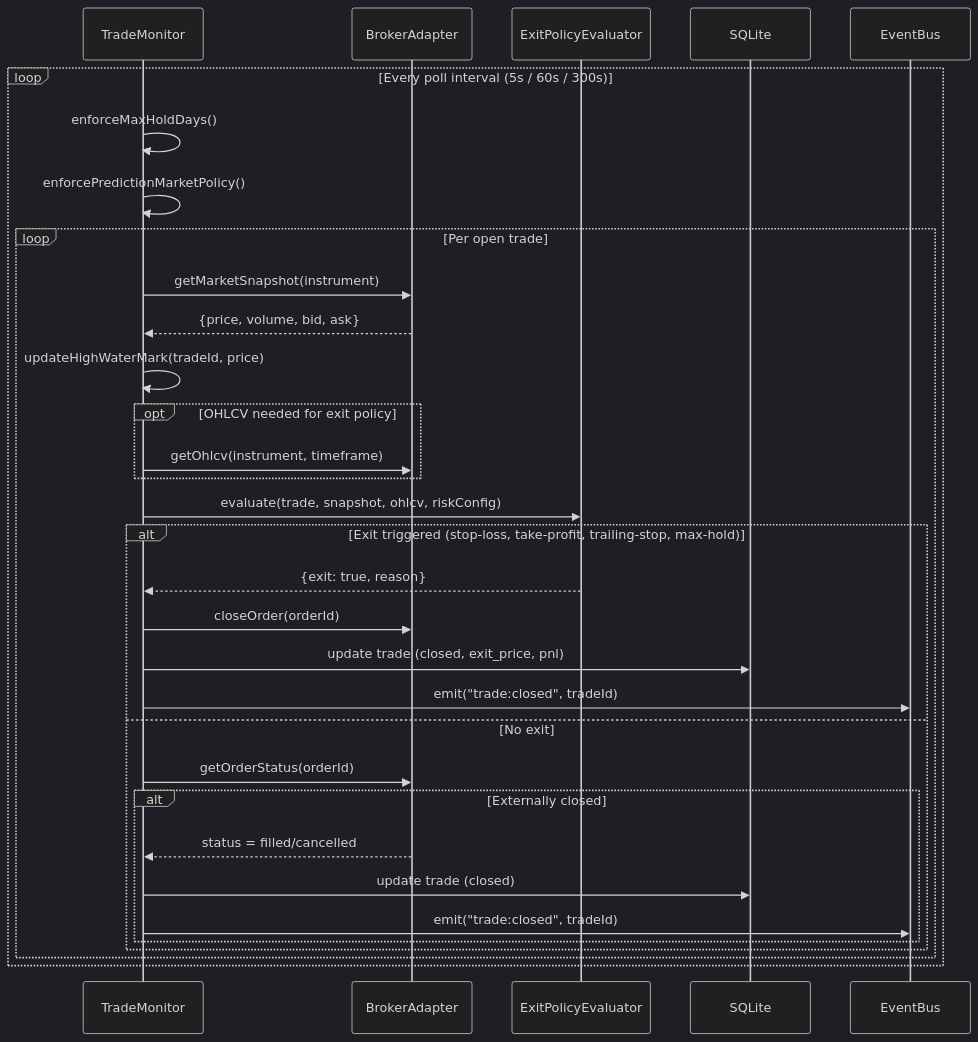
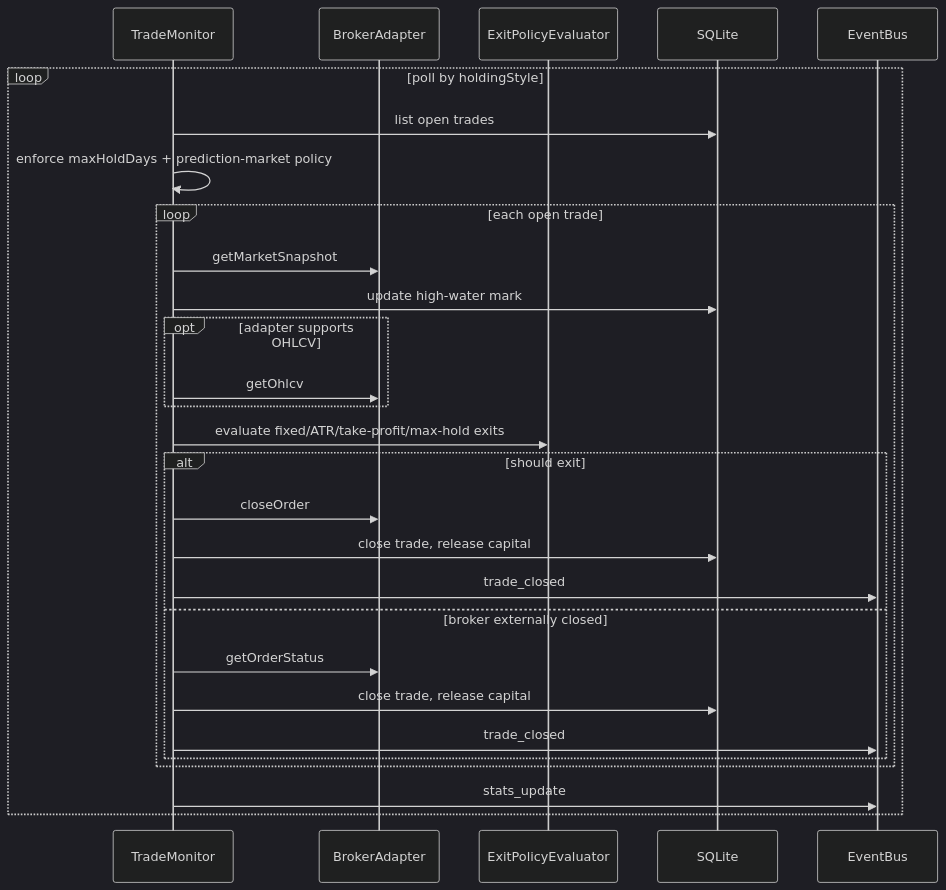
The ninth of 16 diagrams in docs/architecture/ai-runtime.md (KennethAtchon/Exva), drawn with Mermaid (dark theme) before and after one commit. The commit also changed other lines of this file and 42 other files, not shown here.

````diff
--- a/docs/architecture/ai-runtime.md
+++ b/docs/architecture/ai-runtime.md
@@ -485,35 +387,31 @@
 ```mermaid
 sequenceDiagram
     participant TM as TradeMonitor
-    participant BA as BrokerAdapter
-    participant EP as ExitPolicyEvaluator
+    participant Broker as BrokerAdapter
+    participant Exit as ExitPolicyEvaluator
     participant DB as SQLite
     participant EB as EventBus
 
-    loop Every poll interval (5s / 60s / 300s)
-        TM->>TM: enforceMaxHoldDays()
-        TM->>TM: enforcePredictionMarketPolicy()
-        loop Per open trade
-            TM->>BA: getMarketSnapshot(instrument)
-            BA-->>TM: {price, volume, bid, ask}
-            TM->>TM: updateHighWaterMark(tradeId, price)
-            opt OHLCV needed for exit policy
-                TM->>BA: getOhlcv(instrument, timeframe)
+    loop poll by holdingStyle
+        TM->>DB: list open trades
+        TM->>TM: enforce maxHoldDays + prediction-market policy
+        loop each open trade
+            TM->>Broker: getMarketSnapshot
+            TM->>DB: update high-water mark
+            opt adapter supports OHLCV
+                TM->>Broker: getOhlcv
             end
-            TM->>EP: evaluate(trade, snapshot, ohlcv, riskConfig)
-            alt Exit triggered (stop-loss, take-profit, trailing-stop, max-hold)
-                EP-->>TM: {exit: true, reason}
-                TM->>BA: closeOrder(orderId)
-                TM->>DB: update trade (closed, exit_price, pnl)
-                TM->>EB: emit("trade:closed", tradeId)
-            else No exit
-                TM->>BA: getOrderStatus(orderId)
-                alt Externally closed
-                    BA-->>TM: status = filled/cancelled
-                    TM->>DB: update trade (closed)
-                    TM->>EB: emit("trade:closed", tradeId)
-                end
+            TM->>Exit: evaluate fixed/ATR/take-profit/max-hold exits
+            alt should exit
+                TM->>Broker: closeOrder
+                TM->>DB: close trade, release capital
+                TM->>EB: trade_closed
+            else broker externally closed
+                TM->>Broker: getOrderStatus
+                TM->>DB: close trade, release capital
+                TM->>EB: trade_closed
             end
         end
+        TM->>EB: stats_update
     end
 ```
````
